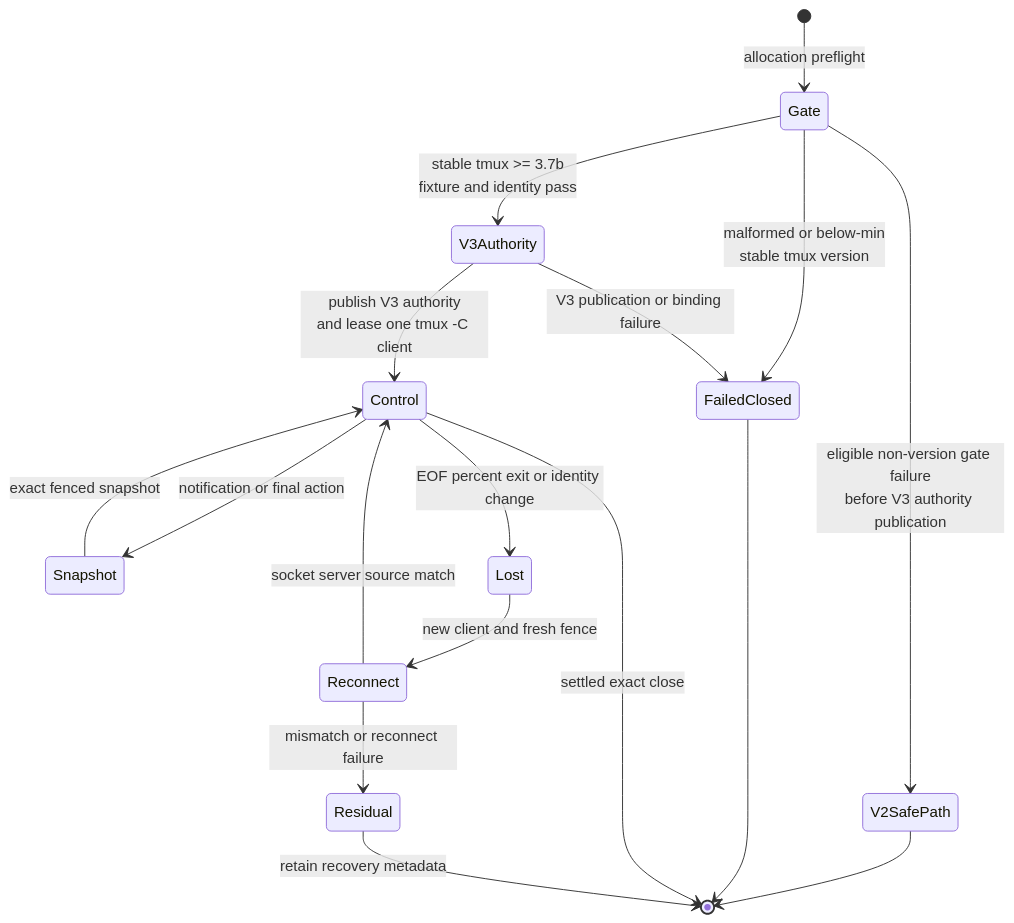
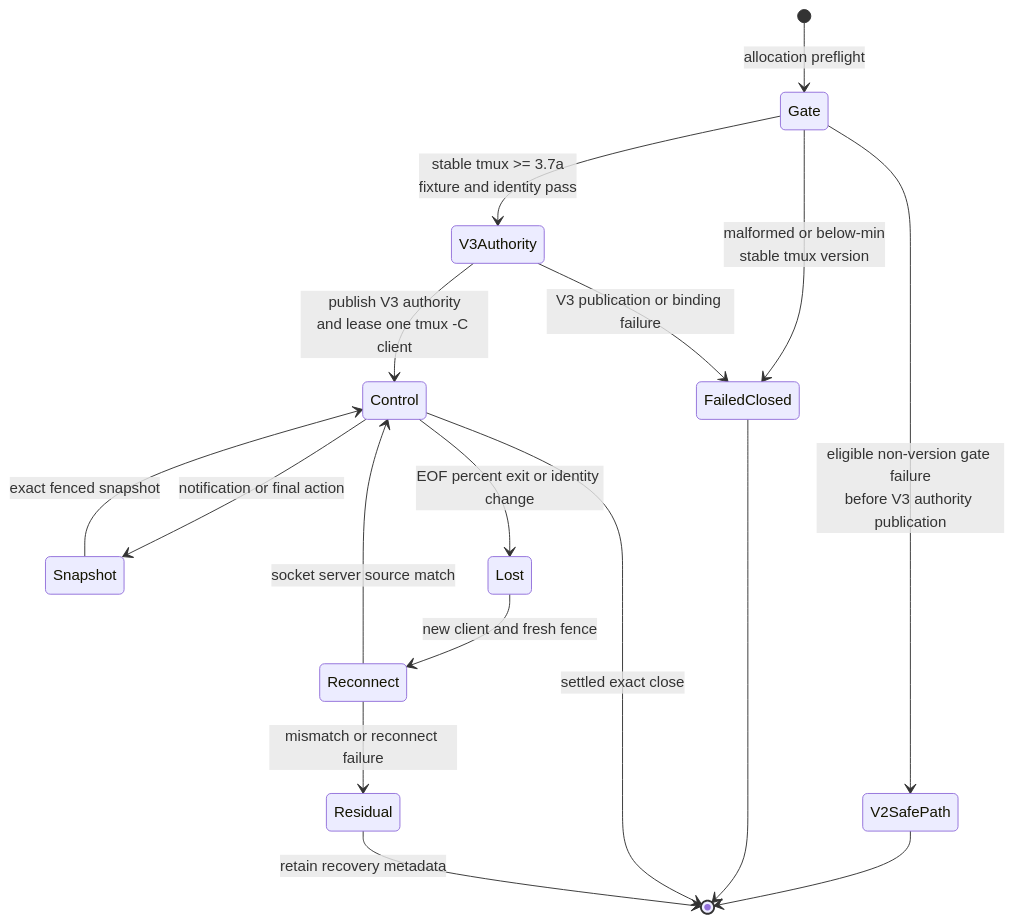
Before and after one commit to spi-ca/pi-subagent: the diagram in docs/diagram/tmux-control-lifecycle.mmd, drawn with Mermaid. The commit also changed 39 other files, not shown here.

Commit message:
fix(tmux): harden V3 authority and acceptance

```diff
--- a/docs/diagram/tmux-control-lifecycle.mmd
+++ b/docs/diagram/tmux-control-lifecycle.mmd
@@ -1,17 +1,17 @@
 stateDiagram-v2
   [*] --> Gate: allocation preflight
-  Gate --> V3Authority: stable tmux >= 3.7b<br/>fixture and identity pass
+  Gate --> V3Authority: stable tmux >= 3.7a<br/>fixture and identity pass
   Gate --> FailedClosed: malformed or below-min<br/>stable tmux version
   Gate --> V2SafePath: eligible non-version gate failure<br/>before V3 authority publication
   V3Authority --> Control: publish V3 authority<br/>and lease one tmux -C client
   V3Authority --> FailedClosed: V3 publication or binding failure
   Control --> Snapshot: notification or final action
   Snapshot --> Control: exact fenced snapshot
   Control --> Lost: EOF percent exit or identity change
   Lost --> Reconnect: new client and fresh fence
   Reconnect --> Control: socket server source match
   Reconnect --> Residual: mismatch or reconnect failure
   V2SafePath --> [*]
   FailedClosed --> [*]
   Control --> [*]: settled exact close
   Residual --> [*]: retain recovery metadata
```
